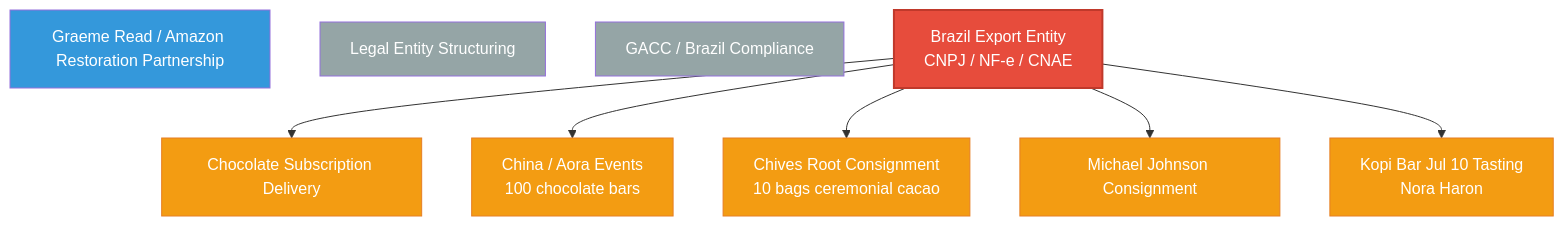
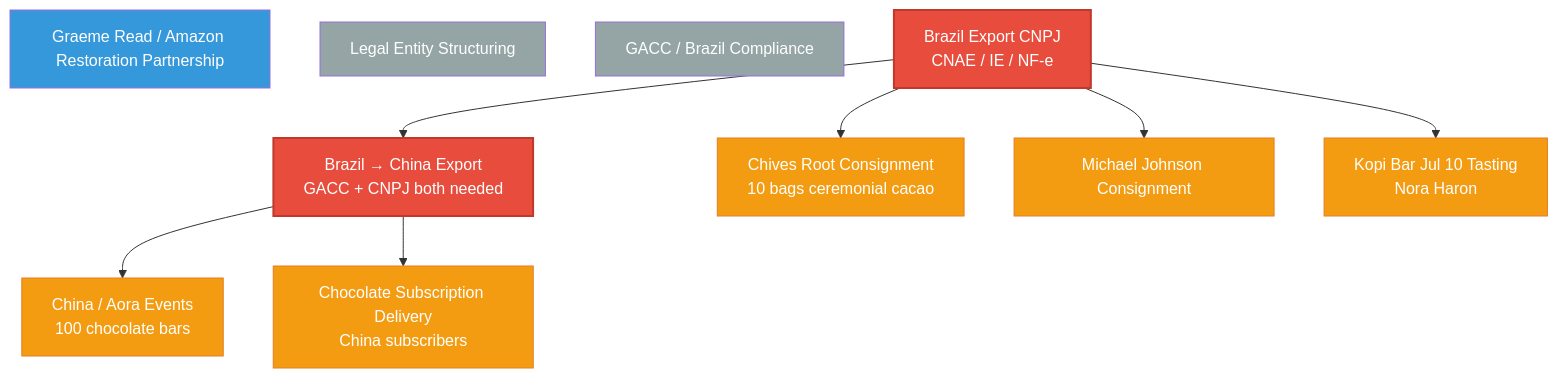
The diagram in TRACK_MAP.md (TrueSightDAO/agentic_ai_context), drawn with Mermaid before and after one commit. The commit also changed other lines of this file, not shown here.

Commit message:
Separate USA and China export channels in track map

````diff
--- a/TRACK_MAP.md
+++ b/TRACK_MAP.md
@@ -9,21 +9,24 @@
 ```mermaid
 flowchart TD
     G[Graeme Read / Amazon Restoration Partnership]:::new
     T5[Legal Entity Structuring]:::offline
     T6[GACC / Brazil Compliance]:::offline
-    T7[Brazil Export Entity<br/>CNPJ / NF-e / CNAE]:::gate --> T8
-    T7 --> T9
+    T7[Brazil Export CNPJ<br/>CNAE / IE / NF-e]:::gate
+    T8[Brazil → China Export<br/>GACC + CNPJ both needed]:::gate
+    T7 --> T8
     T7 --> T10
     T7 --> T11
     T7 --> T12
-    T8[Chocolate Subscription Delivery]:::blocked
+    T8 --> T9
+    T8 --> T13
     T9[China / Aora Events<br/>100 chocolate bars]:::blocked
     T10[Chives Root Consignment<br/>10 bags ceremonial cacao]:::blocked
     T11[Michael Johnson Consignment]:::blocked
     T12[Kopi Bar Jul 10 Tasting<br/>Nora Haron]:::blocked
+    T13[Chocolate Subscription Delivery<br/>China subscribers]:::blocked
 
     classDef gate fill:#e74c3c,color:#fff,stroke:#c0392b,stroke-width:2px
     classDef blocked fill:#f39c12,color:#fff,stroke:#e67e22
     classDef offline fill:#95a5a6,color:#fff
     classDef new fill:#3498db,color:#fff
 ```
````
